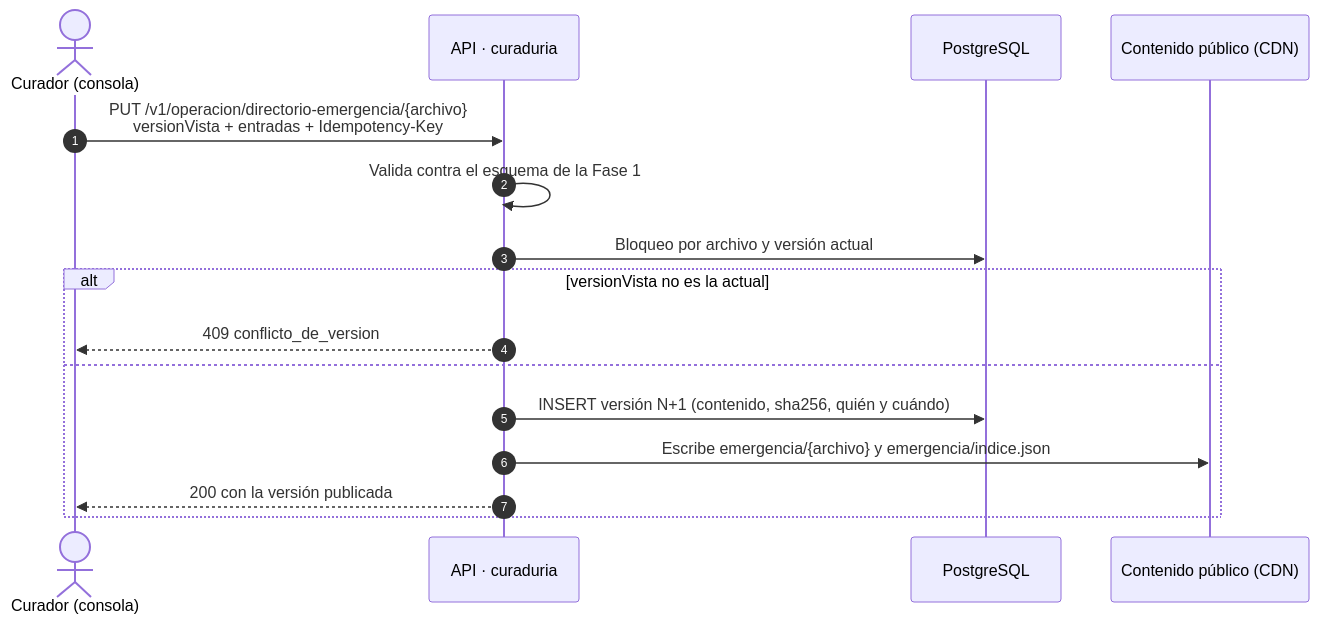
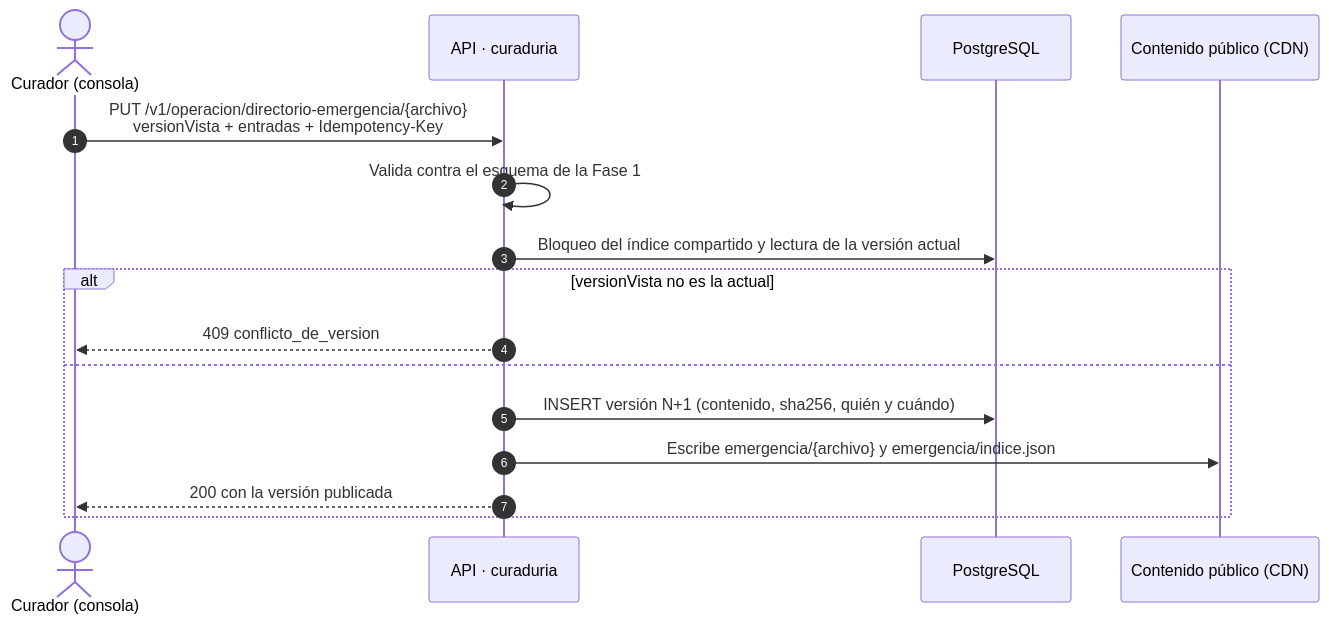
The third of 4 diagrams in openspec/changes/fase-2-lote-c-consola-web-y-avisos-urgentes/design.md (stefanods29/Hackathon-ElComercio-Shabat-Shalom), drawn with Mermaid before and after one commit. The commit also changed other lines of this file and 11 other files, not shown here.

````diff
--- a/openspec/changes/fase-2-lote-c-consola-web-y-avisos-urgentes/design.md
+++ b/openspec/changes/fase-2-lote-c-consola-web-y-avisos-urgentes/design.md
@@ -162,18 +162,18 @@
 ```mermaid
 sequenceDiagram
   autonumber
   actor C as Curador (consola)
   participant API as API · curaduria
   participant PG as PostgreSQL
   participant CDN as Contenido público (CDN)
   C->>API: PUT /v1/operacion/directorio-emergencia/{archivo}<br/>versionVista + entradas + Idempotency-Key
   API->>API: Valida contra el esquema de la Fase 1
-  API->>PG: Bloqueo por archivo y versión actual
+  API->>PG: Bloqueo del índice compartido y lectura de la versión actual
   alt versionVista no es la actual
     API-->>C: 409 conflicto_de_version
   else
     API->>PG: INSERT versión N+1 (contenido, sha256, quién y cuándo)
     API->>CDN: Escribe emergencia/{archivo} y emergencia/indice.json
     API-->>C: 200 con la versión publicada
   end
 ```
````
